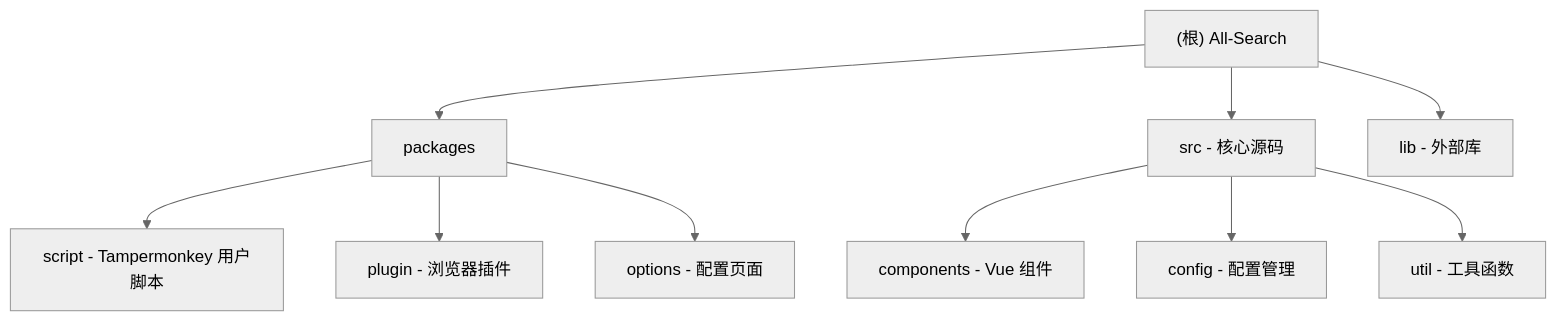
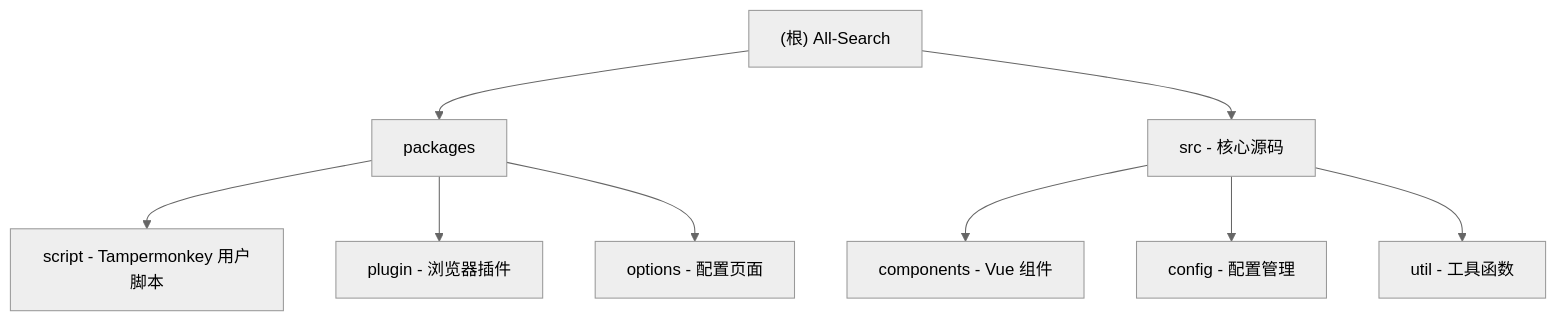
One commit to all-search/all-search changed the diagram in CLAUDE.md. Above: the diagram before and after it, drawn with Mermaid (neutral theme). The commit also changed other lines of this file and 10 other files, not shown here.

````diff
--- a/CLAUDE.md
+++ b/CLAUDE.md
@@ -107,17 +106,16 @@
 ```mermaid
 graph TD
     A["(根) All-Search"] --> B["packages"];
     B --> C["script - Tampermonkey 用户脚本"];
     B --> D["plugin - 浏览器插件"];
     B --> E["options - 配置页面"];
     A --> F["src - 核心源码"];
     F --> G["components - Vue 组件"];
     F --> H["config - 配置管理"];
     F --> I["util - 工具函数"];
-    A --> J["lib - 外部库"];
 
     click C "./packages/script/CLAUDE.md" "查看 script 模块文档"
     click D "./packages/plugin/CLAUDE.md" "查看 plugin 模块文档"
     click E "./packages/options/CLAUDE.md" "查看 options 模块文档"
     click F "./src/CLAUDE.md" "查看 src 模块文档"
 ```
````
